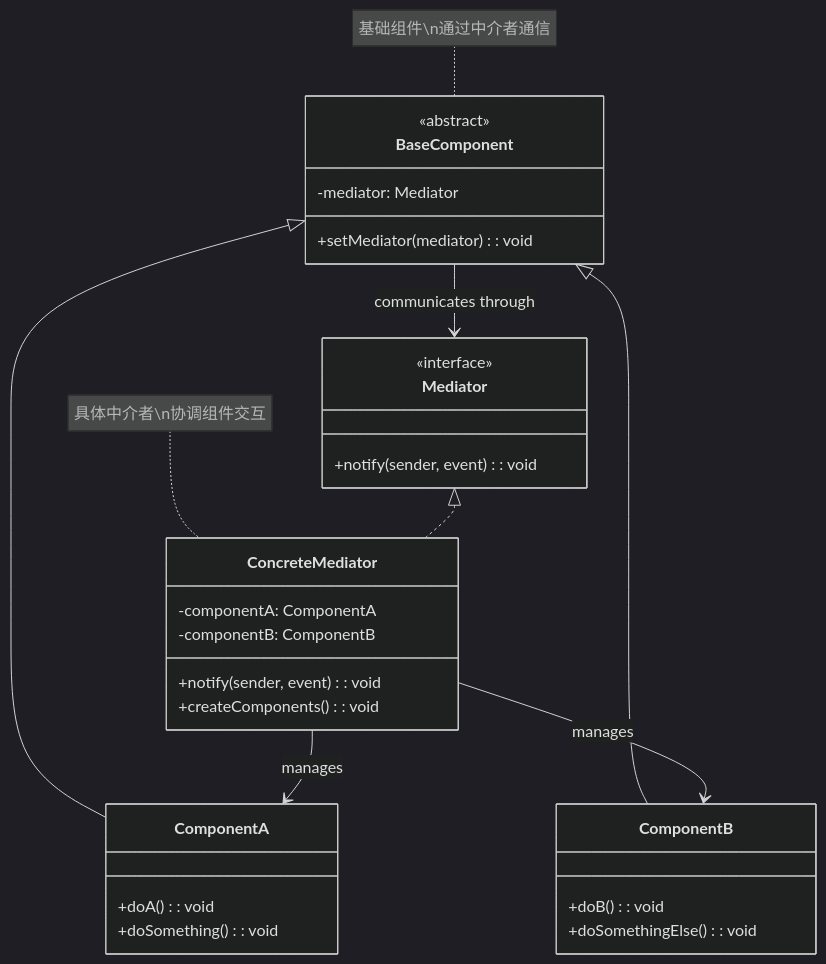
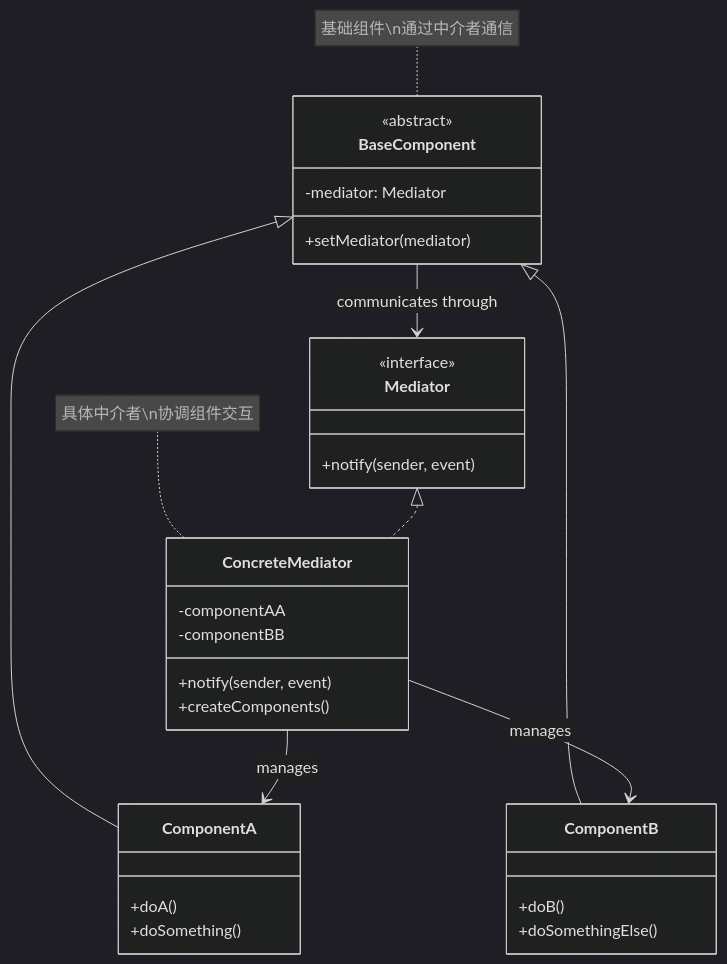
Before and after one commit to fanly/DesignPattern: the first of 6 diagrams in resources/design-patterns/laravel/behavioral/mediator_zh.md, drawn with Mermaid (dark theme). The commit also changed other lines of this file and 103 other files, not shown here.

````diff
--- a/resources/design-patterns/laravel/behavioral/mediator_zh.md
+++ b/resources/design-patterns/laravel/behavioral/mediator_zh.md
@@ -10,40 +10,40 @@
 ```mermaid
 classDiagram
     class Mediator {
         <<interface>>
-        +notify(sender, event): void
+        +notify(sender, event)
     }
     
     class ConcreteMediator {
-        -componentA: ComponentA
-        -componentB: ComponentB
-        +notify(sender, event): void
-        +createComponents(): void
+        -componentAA
+        -componentBB
+        +notify(sender, event)
+        +createComponents()
     }
     
     class BaseComponent {
         <<abstract>>
         -mediator: Mediator
-        +setMediator(mediator): void
+        +setMediator(mediator)
     }
     
     class ComponentA {
-        +doA(): void
-        +doSomething(): void
+        +doA()
+        +doSomething()
     }
     
     class ComponentB {
-        +doB(): void
-        +doSomethingElse(): void
+        +doB()
+        +doSomethingElse()
     }
     
     Mediator <|.. ConcreteMediator
     BaseComponent <|-- ComponentA
     BaseComponent <|-- ComponentB
     ConcreteMediator --> ComponentA : manages
     ConcreteMediator --> ComponentB : manages
     BaseComponent --> Mediator : communicates through
     
     note for ConcreteMediator "具体中介者\n协调组件交互"
     note for BaseComponent "基础组件\n通过中介者通信"
 ```
````
